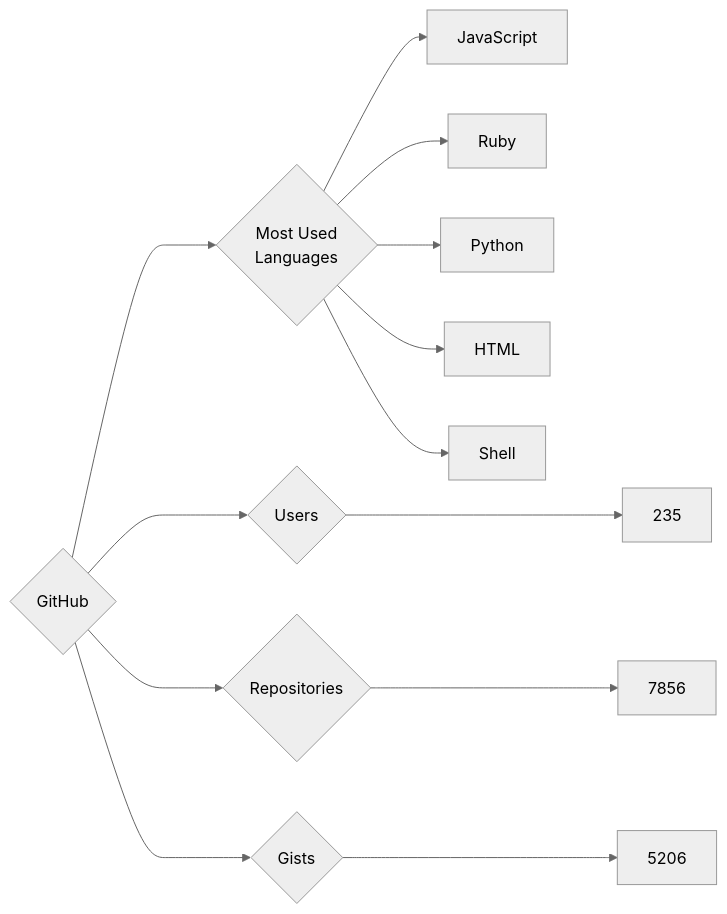
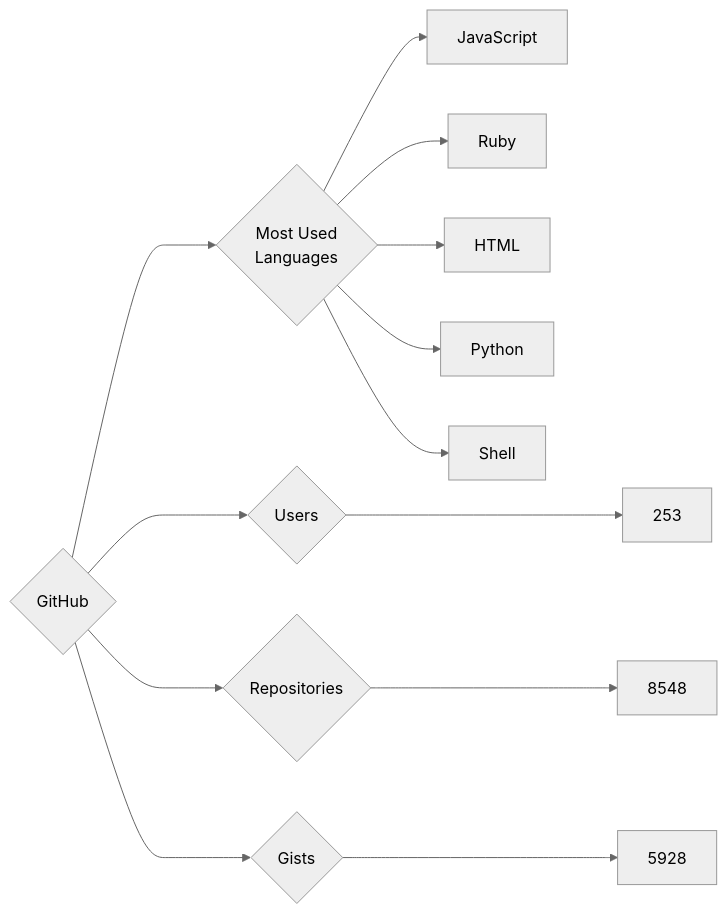
Before and after one commit to trickest/insiders: the diagram in targets/GitHub/README.md, drawn with Mermaid (neutral theme). The commit also changed 934 other files, not shown here.

````diff
--- a/targets/GitHub/README.md
+++ b/targets/GitHub/README.md
@@ -3,13 +3,13 @@
 ```mermaid
 graph LR
 COMPANY_NAME{GitHub}
-COMPANY_NAME ---> U{Users} ---> UN[235]
-COMPANY_NAME ---> R{Repositories} ---> RN[7856]
-COMPANY_NAME ---> G{Gists} ---> GN[5206]
+COMPANY_NAME ---> U{Users} ---> UN[253]
+COMPANY_NAME ---> R{Repositories} ---> RN[8548]
+COMPANY_NAME ---> G{Gists} ---> GN[5928]
 COMPANY_NAME ---> ML{Most Used<br>Languages}
 ML --> JavaScript[JavaScript]
 ML --> Ruby[Ruby]
+ML --> HTML[HTML]
 ML --> Python[Python]
-ML --> HTML[HTML]
 ML --> Shell[Shell]
 ```
````
